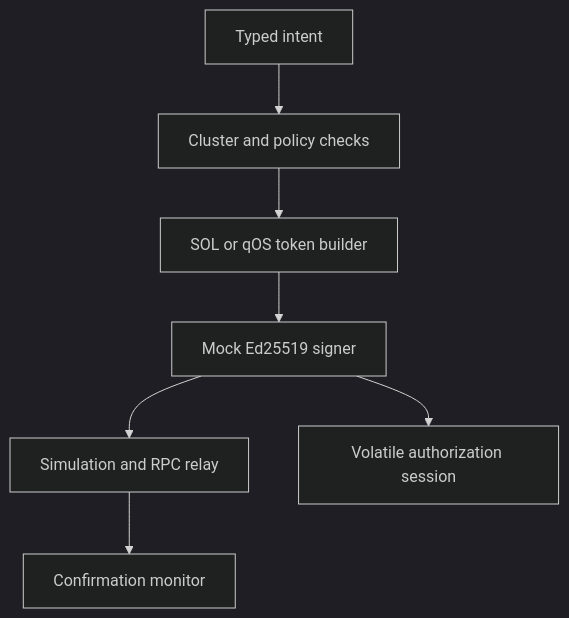
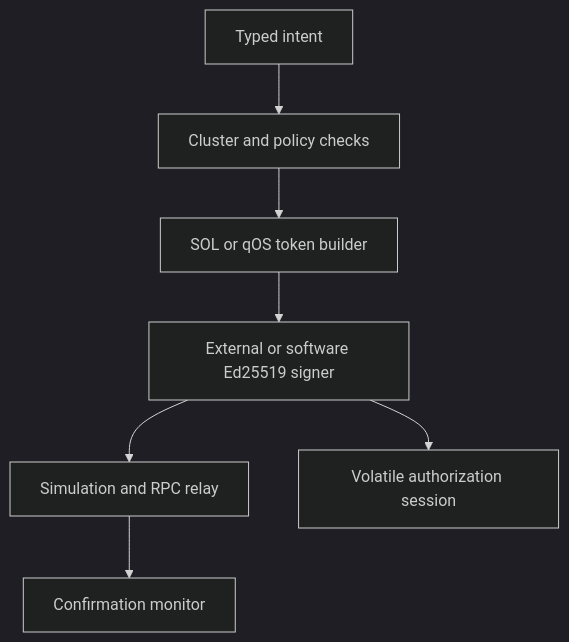
Before and after one commit to Quantized-OS/qOS: the second of 3 diagrams in docs/ARCHITECTURE.md, drawn with Mermaid (dark theme). The commit also changed other lines of this file and 32 other files, not shown here.

````diff
--- a/docs/ARCHITECTURE.md
+++ b/docs/ARCHITECTURE.md
@@ -80,9 +80,9 @@
 ```mermaid
 flowchart TD
     A[Typed intent] --> B[Cluster and policy checks]
     B --> C[SOL or qOS token builder]
-    C --> D[Mock Ed25519 signer]
+    C --> D[External or software Ed25519 signer]
     D --> E[Simulation and RPC relay]
     E --> F[Confirmation monitor]
     D --> G[Volatile authorization session]
 ```
````
